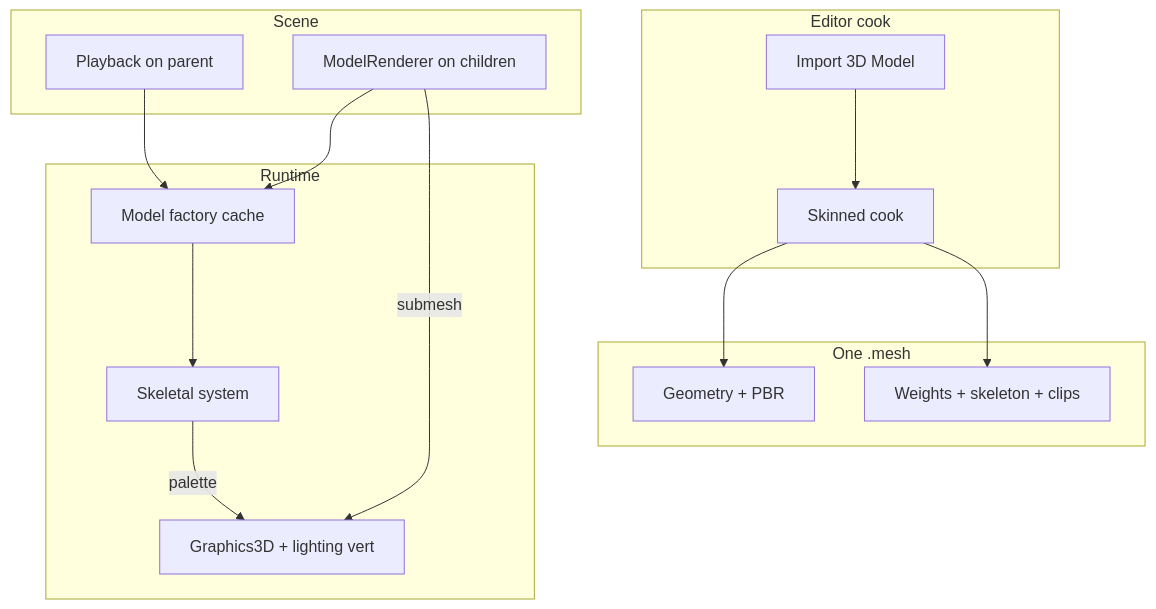
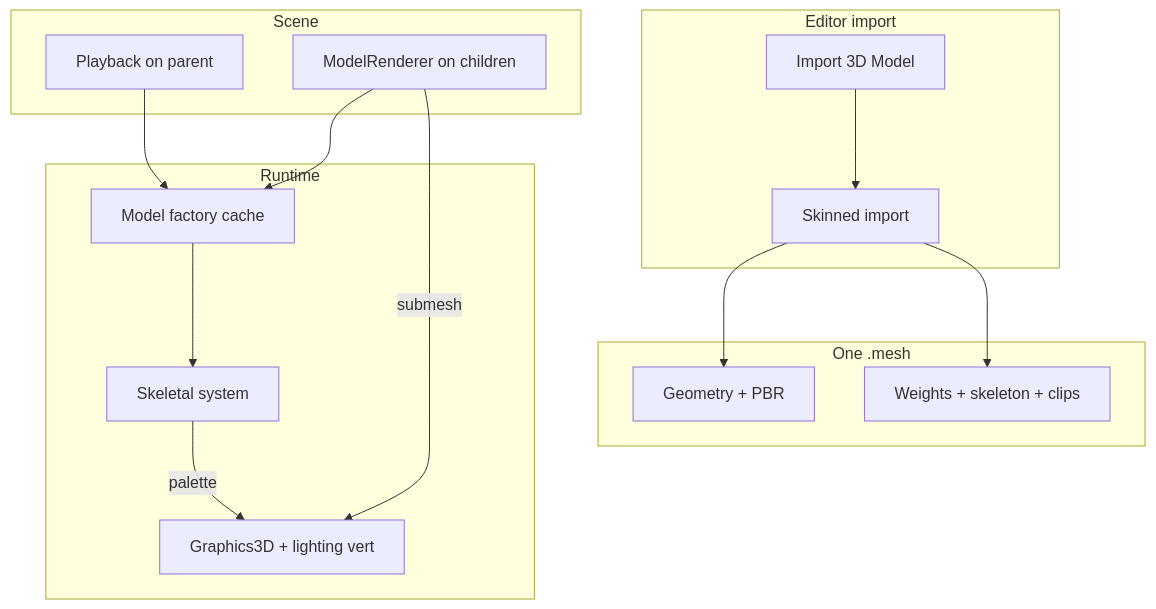
The first of 2 diagrams in docs/specs/skeletal-animation/developer-guide.md (kateusz/GameEngine), drawn with Mermaid before and after one commit. The commit also changed other lines of this file and 60 other files, not shown here.

````diff
--- a/docs/specs/skeletal-animation/developer-guide.md
+++ b/docs/specs/skeletal-animation/developer-guide.md
@@ -118,32 +118,32 @@
 ```mermaid
 flowchart TB
-  subgraph editor [Editor cook]
+  subgraph editor [Editor import]
     IMP[Import 3D Model]
-    COOK[Skinned cook]
+    SKINIMP[Skinned import]
   end
 
   subgraph asset [One .mesh]
     GEO[Geometry + PBR]
     SKIN[Weights + skeleton + clips]
   end
 
   subgraph scene [Scene]
     PB[Playback on parent]
     MR[ModelRenderer on children]
   end
 
   subgraph runtime [Runtime]
     FAC[Model factory cache]
     SYS[Skeletal system]
     G3D[Graphics3D + lighting vert]
   end
 
-  IMP --> COOK
-  COOK --> GEO
-  COOK --> SKIN
+  IMP --> SKINIMP
+  SKINIMP --> GEO
+  SKINIMP --> SKIN
   PB --> FAC
   MR --> FAC
   FAC --> SYS
   SYS -->|palette| G3D
   MR -->|submesh| G3D
 ```
````
